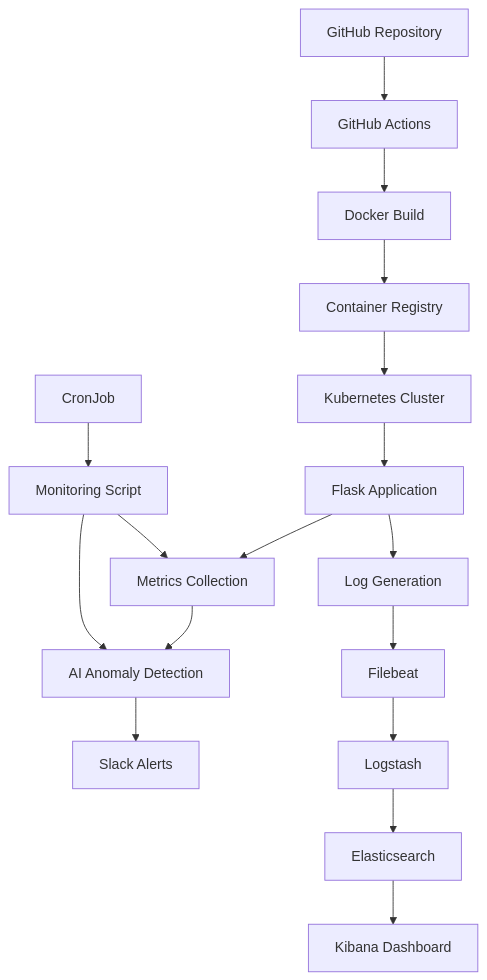
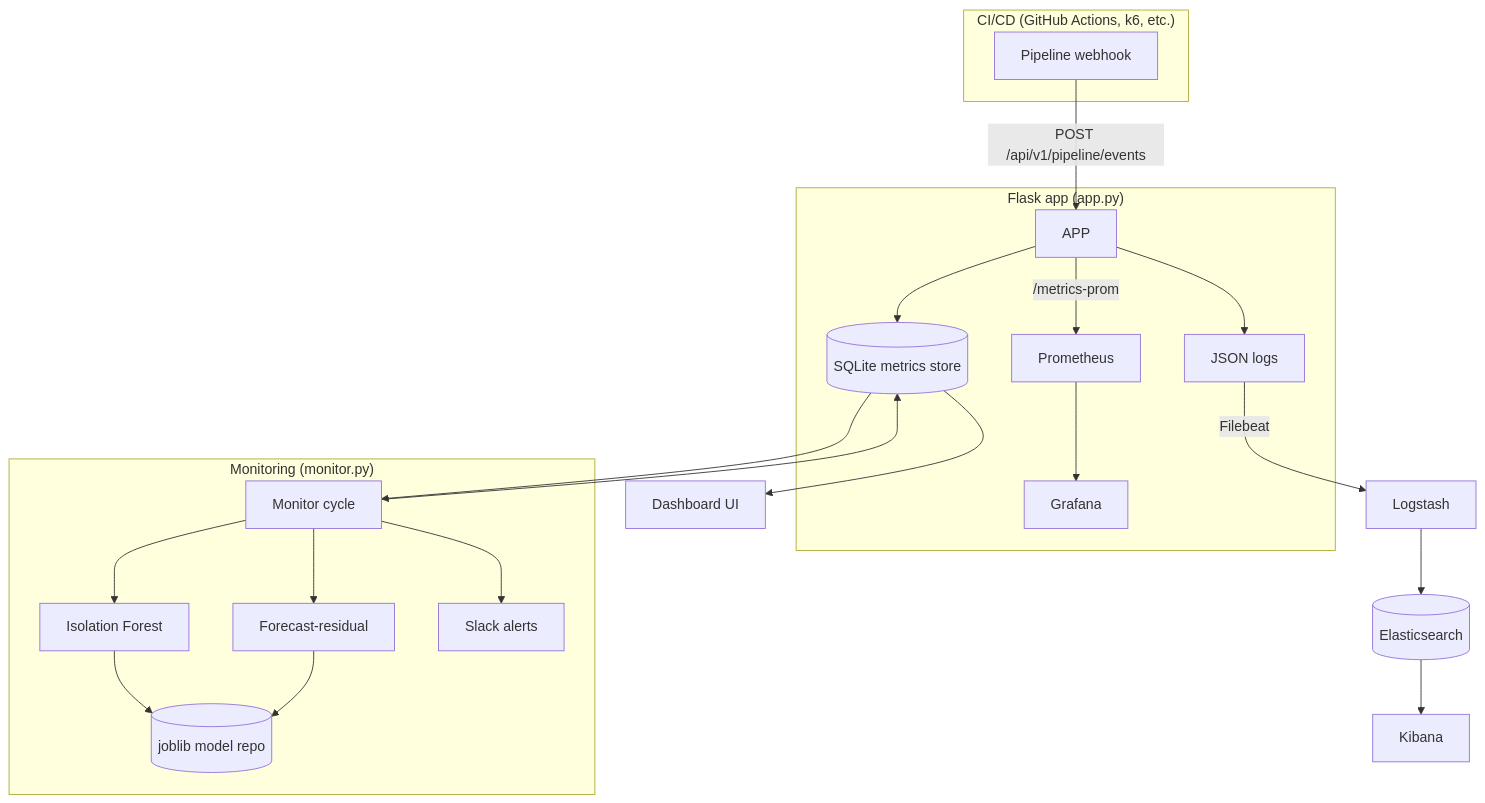
The diagram in README.md (AnshulBari/CerebrOps), drawn with Mermaid before and after one commit. The commit also changed other lines of this file and 10 other files, not shown here.

````diff
--- a/README.md
+++ b/README.md
@@ -24,22 +21,23 @@
 ```mermaid
-graph TB
-    A[GitHub Repository] --> B[GitHub Actions]
-    B --> C[Docker Build]
-    C --> D[Container Registry]
-    D --> E[Kubernetes Cluster]
-    
-    E --> F[Flask Application]
-    F --> G[Metrics Collection]
-    G --> H[AI Anomaly Detection]
-    H --> I[Slack Alerts]
-    
-    F --> J[Log Generation]
-    J --> K[Filebeat]
-    K --> L[Logstash]
-    L --> M[Elasticsearch]
-    M --> N[Kibana Dashboard]
-    
-    O[Monitoring Script] --> G
-    O --> H
-    P[CronJob] --> O
+flowchart TB
+    subgraph CI["CI/CD (GitHub Actions, k6, etc.)"]
+        GH[Pipeline webhook]
+    end
+    subgraph WEB["Flask app (app.py)"]
+        GH -->|"POST /api/v1/pipeline/events"| APP
+        APP --> STORE[(SQLite metrics store)]
+        APP --> LOGS[JSON logs]
+        APP -->|"/metrics-prom"| PROM[Prometheus]
+        PROM --> GRAF[Grafana]
+    end
+    subgraph AI["Monitoring (monitor.py)"]
+        MON[Monitor cycle] --> V1[Isolation Forest]
+        MON --> V2[Forecast-residual]
+        V1 & V2 --> MOD[(joblib model repo)]
+        MON --> AL[Slack alerts]
+    end
+    STORE --> DASH[Dashboard UI]
+    STORE --> MON
+    MON --> STORE
+    LOGS -->|Filebeat| LS[Logstash] --> ES[(Elasticsearch)] --> KI[Kibana]
 ```
````
